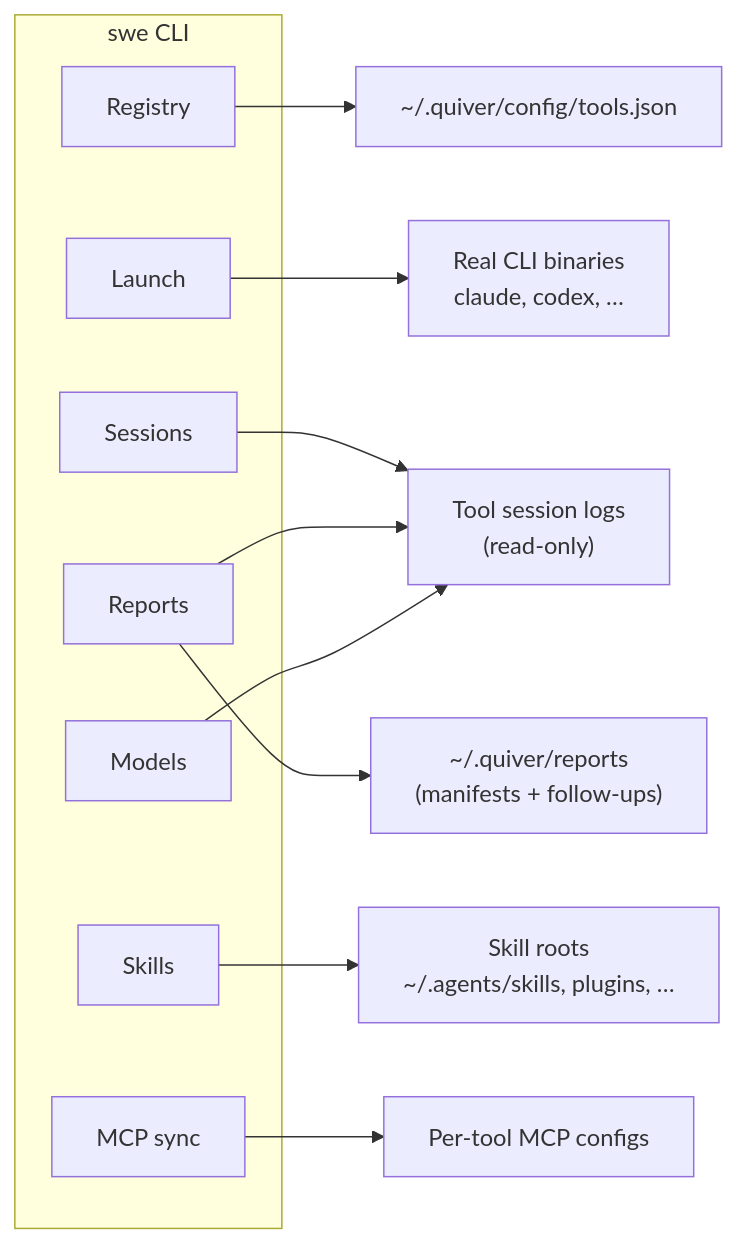
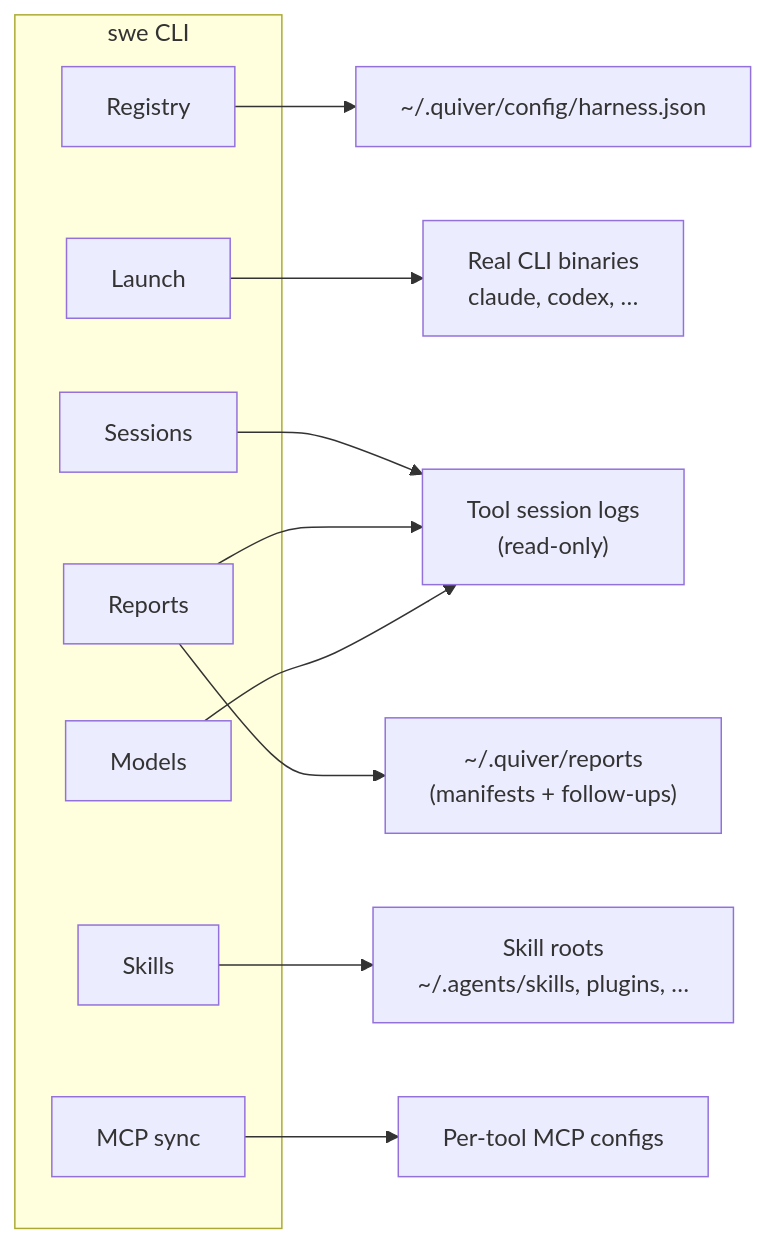
The diagram in README.md (c-wenlong/quiver), drawn with Mermaid before and after one commit. The commit also changed other lines of this file and 6 other files, not shown here.

````diff
--- a/README.md
+++ b/README.md
@@ -355,21 +358,21 @@
 ```mermaid
 flowchart LR
   subgraph swe["swe CLI"]
     R[Registry]
     L[Launch]
     S[Sessions]
     RP[Reports]
     M[Models]
     K[Skills]
     P[MCP sync]
   end
 
-  R --> TJ["~/.quiver/config/tools.json"]
+  R --> TJ["~/.quiver/config/harness.json"]
   S --> Logs["Tool session logs\n(read-only)"]
   RP --> Logs
   RP --> Reports["~/.quiver/reports\n(manifests + follow-ups)"]
   M --> Logs
   K --> Roots["Skill roots\n~/.agents/skills, plugins, …"]
   P --> MCP["Per-tool MCP configs"]
   L --> Bin["Real CLI binaries\nclaude, codex, …"]
 ```
````
